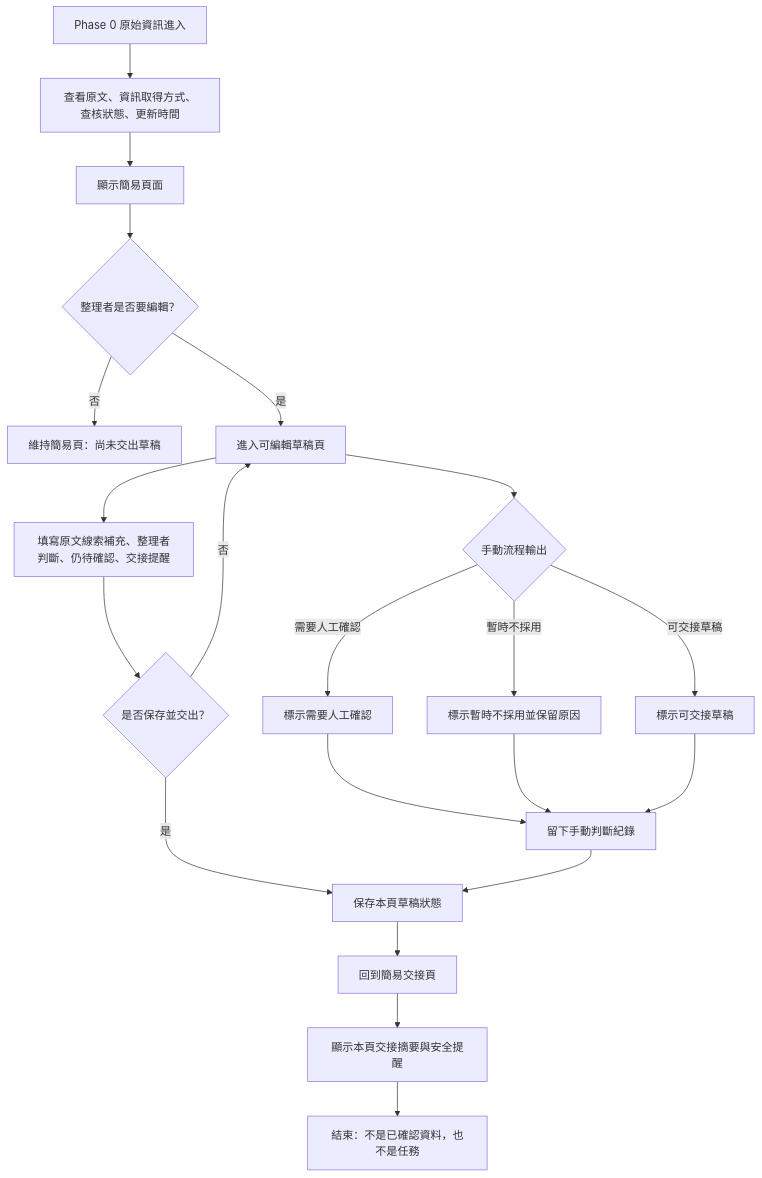
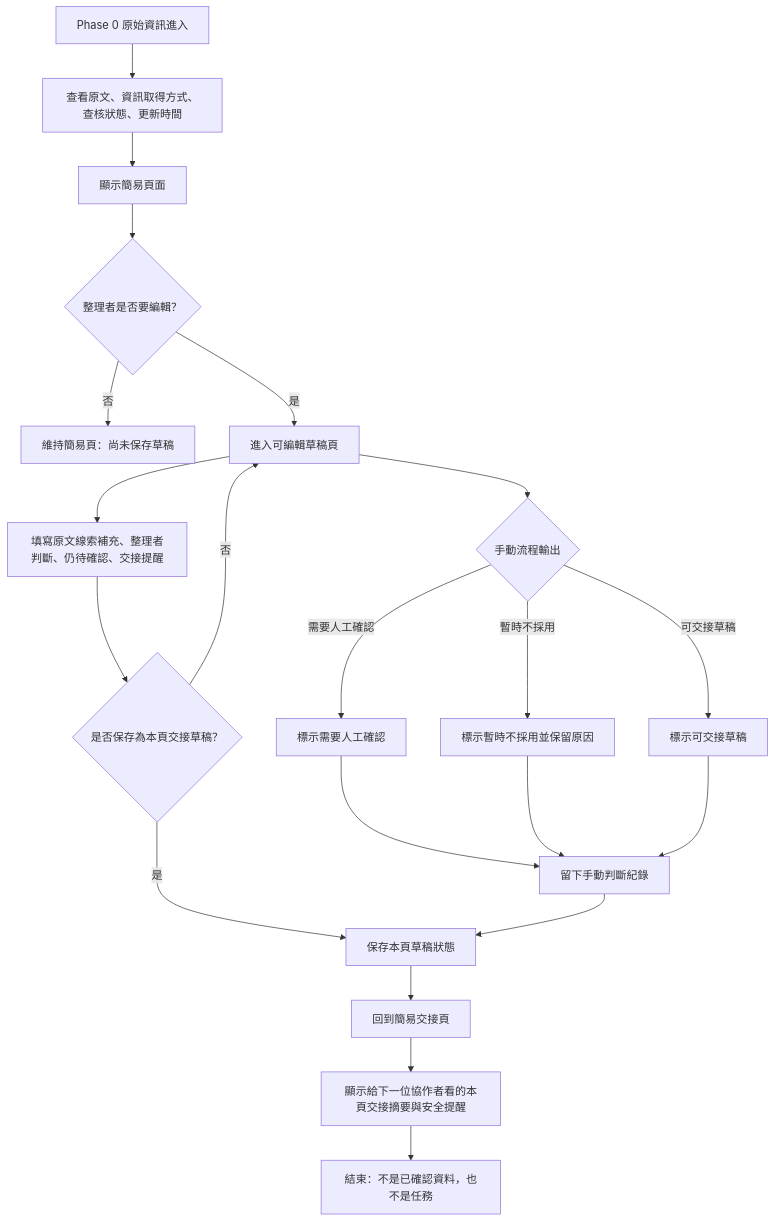
One commit to SITCON-Camp-2026/t3-m5-se-disaster changed the diagram in docs/flow.md. Above: the diagram before and after it, drawn with Mermaid. The commit also changed other lines of this file and 5 other files, not shown here.

````diff
--- a/docs/flow.md
+++ b/docs/flow.md
@@ -30,23 +30,23 @@
 ```mermaid
 flowchart TD
   A["Phase 0 原始資訊進入"] --> B["查看原文、資訊取得方式、查核狀態、更新時間"]
   B --> C["顯示簡易頁面"]
   C --> D{"整理者是否要編輯？"}
-  D -->|否| E["維持簡易頁：尚未交出草稿"]
+  D -->|否| E["維持簡易頁：尚未保存草稿"]
   D -->|是| F["進入可編輯草稿頁"]
   F --> G["填寫原文線索補充、整理者判斷、仍待確認、交接提醒"]
   F --> H{"手動流程輸出"}
   H -->|需要人工確認| I["標示需要人工確認"]
   H -->|暫時不採用| J["標示暫時不採用並保留原因"]
   H -->|可交接草稿| K["標示可交接草稿"]
   I --> L["留下手動判斷紀錄"]
   J --> L
   K --> L
-  G --> M{"是否保存並交出？"}
+  G --> M{"是否保存為本頁交接草稿？"}
   M -->|否| F
   M -->|是| N["保存本頁草稿狀態"]
   L --> N
   N --> O["回到簡易交接頁"]
-  O --> P["顯示本頁交接摘要與安全提醒"]
+  O --> P["顯示給下一位協作者看的本頁交接摘要與安全提醒"]
   P --> Q["結束：不是已確認資料，也不是任務"]
 ```
````
